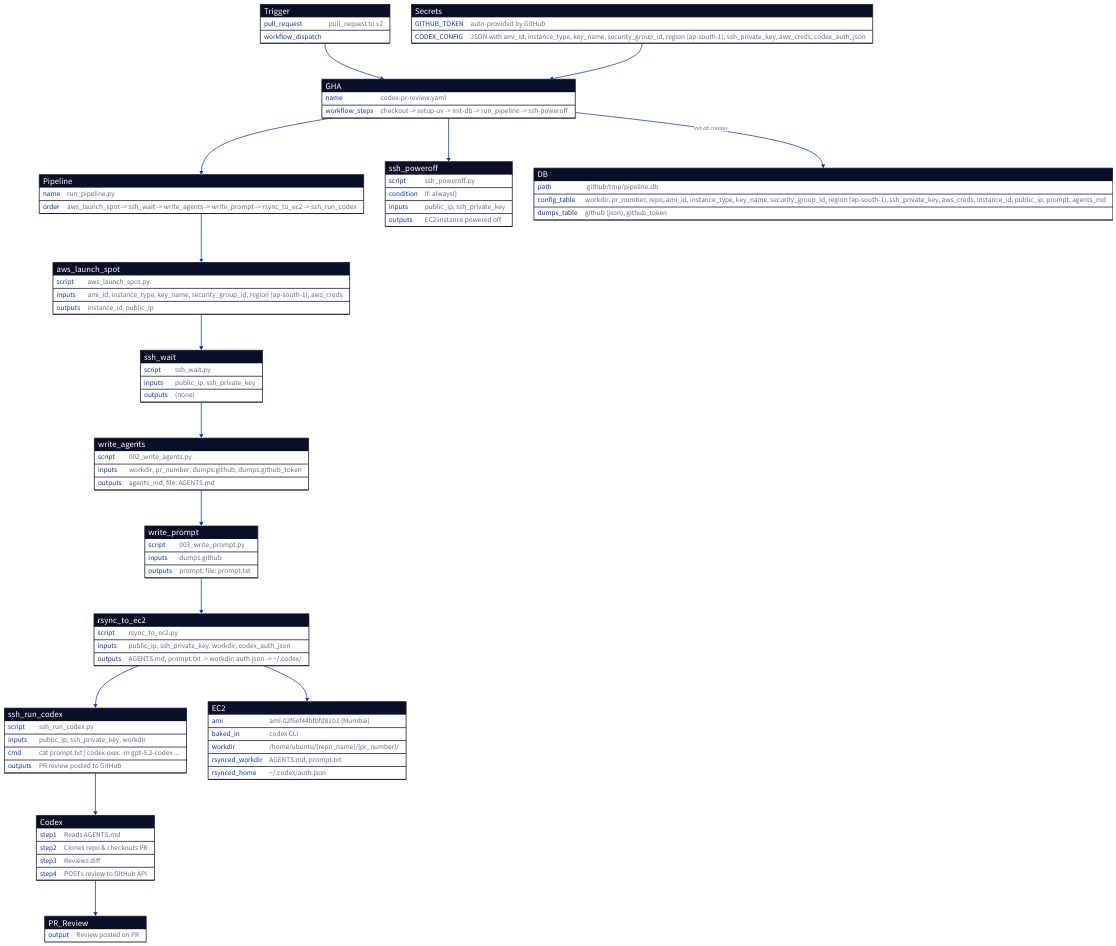
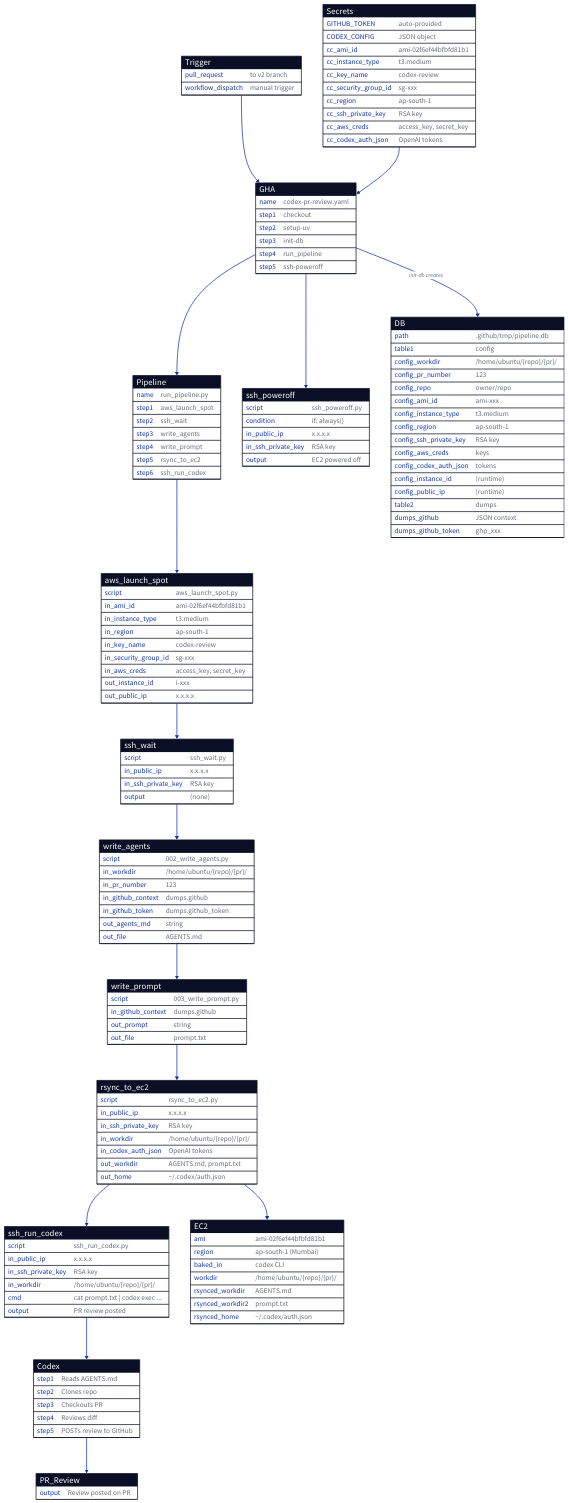
The diagram in flow_diagrams/prod_flow.d2 (fossh/codex-code-review-poc1), drawn with D2 before and after one commit. The commit also changed 1 other file, not shown here.

```diff
--- a/flow_diagrams/prod_flow.d2
+++ b/flow_diagrams/prod_flow.d2
@@ -1,130 +1,182 @@
 direction: down
 
 # Trigger Events
 Trigger: {
   shape: sql_table
-  pull_request: "pull_request to v2"
-  workflow_dispatch: "workflow_dispatch"
+  pull_request: "to v2 branch"
+  workflow_dispatch: "manual trigger"
 }
 
 # GitHub Actions Workflow
 GHA: {
   shape: sql_table
   name: "codex-pr-review.yaml"
-  workflow_steps: "checkout -> setup-uv -> init-db -> run_pipeline -> ssh-poweroff"
+  step1: "checkout"
+  step2: "setup-uv"
+  step3: "init-db"
+  step4: "run_pipeline"
+  step5: "ssh-poweroff"
 }
 
 Trigger -> GHA
 
 # Secrets
 Secrets: {
   shape: sql_table
-  GITHUB_TOKEN: "auto-provided by GitHub"
-  CODEX_CONFIG: "JSON with ami_id, instance_type, key_name, security_group_id, region (ap-south-1), ssh_private_key, aws_creds, codex_auth_json"
+  GITHUB_TOKEN: "auto-provided"
+  CODEX_CONFIG: "JSON object"
+  cc_ami_id: "ami-02f6ef44bfbfd81b1"
+  cc_instance_type: "t3.medium"
+  cc_key_name: "codex-review"
+  cc_security_group_id: "sg-xxx"
+  cc_region: "ap-south-1"
+  cc_ssh_private_key: "RSA key"
+  cc_aws_creds: "access_key, secret_key"
+  cc_codex_auth_json: "OpenAI tokens"
 }
 
 Secrets -> GHA
 
 # Pipeline Scripts
 Pipeline: {
   shape: sql_table
   name: "run_pipeline.py"
-  order: "aws_launch_spot -> ssh_wait -> write_agents -> write_prompt -> rsync_to_ec2 -> ssh_run_codex"
+  step1: "aws_launch_spot"
+  step2: "ssh_wait"
+  step3: "write_agents"
+  step4: "write_prompt"
+  step5: "rsync_to_ec2"
+  step6: "ssh_run_codex"
 }
 
 aws_launch_spot: {
   shape: sql_table
   script: "aws_launch_spot.py"
-  inputs: "ami_id, instance_type, key_name, security_group_id, region (ap-south-1), aws_creds"
-  outputs: "instance_id, public_ip"
+  in_ami_id: "ami-02f6ef44bfbfd81b1"
+  in_instance_type: "t3.medium"
+  in_region: "ap-south-1"
+  in_key_name: "codex-review"
+  in_security_group_id: "sg-xxx"
+  in_aws_creds: "access_key, secret_key"
+  out_instance_id: "i-xxx"
+  out_public_ip: "x.x.x.x"
 }
 
 ssh_wait: {
   shape: sql_table
   script: "ssh_wait.py"
-  inputs: "public_ip, ssh_private_key"
-  outputs: "(none)"
+  in_public_ip: "x.x.x.x"
+  in_ssh_private_key: "RSA key"
+  output: "(none)"
 }
 
 write_agents: {
   shape: sql_table
   script: "002_write_agents.py"
-  inputs: "workdir, pr_number, dumps.github, dumps.github_token"
-  outputs: "agents_md, file: AGENTS.md"
+  in_workdir: "/home/ubuntu/{repo}/{pr}/"
+  in_pr_number: "123"
+  in_github_context: "dumps.github"
+  in_github_token: "dumps.github_token"
+  out_agents_md: "string"
+  out_file: "AGENTS.md"
 }
 
 write_prompt: {
   shape: sql_table
   script: "003_write_prompt.py"
-  inputs: "dumps.github"
-  outputs: "prompt, file: prompt.txt"
+  in_github_context: "dumps.github"
+  out_prompt: "string"
+  out_file: "prompt.txt"
 }
 
 rsync_to_ec2: {
   shape: sql_table
   script: "rsync_to_ec2.py"
-  inputs: "public_ip, ssh_private_key, workdir, codex_auth_json"
-  outputs: "AGENTS.md, prompt.txt -> workdir; auth.json -> ~/.codex/"
+  in_public_ip: "x.x.x.x"
+  in_ssh_private_key: "RSA key"
+  in_workdir: "/home/ubuntu/{repo}/{pr}/"
+  in_codex_auth_json: "OpenAI tokens"
+  out_workdir: "AGENTS.md, prompt.txt"
+  out_home: "~/.codex/auth.json"
 }
 
 ssh_run_codex: {
   shape: sql_table
   script: "ssh_run_codex.py"
-  inputs: "public_ip, ssh_private_key, workdir"
-  cmd: "cat prompt.txt | codex exec -m gpt-5.2-codex ..."
-  outputs: "PR review posted to GitHub"
+  in_public_ip: "x.x.x.x"
+  in_ssh_private_key: "RSA key"
+  in_workdir: "/home/ubuntu/{repo}/{pr}/"
+  cmd: "cat prompt.txt | codex exec ..."
+  output: "PR review posted"
 }
 
 ssh_poweroff: {
   shape: sql_table
   script: "ssh_poweroff.py"
   condition: "if: always()"
-  inputs: "public_ip, ssh_private_key"
-  outputs: "EC2 instance powered off"
+  in_public_ip: "x.x.x.x"
+  in_ssh_private_key: "RSA key"
+  output: "EC2 powered off"
 }
 
 GHA -> Pipeline
 Pipeline -> aws_launch_spot -> ssh_wait -> write_agents -> write_prompt
 write_prompt -> rsync_to_ec2 -> ssh_run_codex
 GHA -> ssh_poweroff
 
 # SQLite DB
 DB: {
   shape: sql_table
   path: ".github/tmp/pipeline.db"
-  config_table: "workdir, pr_number, repo, ami_id, instance_type, key_name, security_group_id, region (ap-south-1), ssh_private_key, aws_creds, instance_id, public_ip, prompt, agents_md"
-  dumps_table: "github (json), github_token"
+  table1: "config"
+  config_workdir: "/home/ubuntu/{repo}/{pr}/"
+  config_pr_number: "123"
+  config_repo: "owner/repo"
+  config_ami_id: "ami-xxx"
+  config_instance_type: "t3.medium"
+  config_region: "ap-south-1"
+  config_ssh_private_key: "RSA key"
+  config_aws_creds: "keys"
+  config_codex_auth_json: "tokens"
+  config_instance_id: "(runtime)"
+  config_public_ip: "(runtime)"
+  table2: "dumps"
+  dumps_github: "JSON context"
+  dumps_github_token: "ghp_xxx"
 }
 
 GHA -> DB: "init-db creates"
 
-# EC2 Instance (pre-baked AMI)
+# EC2 Instance
 EC2: {
   shape: sql_table
-  ami: "ami-02f6ef44bfbfd81b1 (Mumbai)"
+  ami: "ami-02f6ef44bfbfd81b1"
+  region: "ap-south-1 (Mumbai)"
   baked_in: "codex CLI"
-  workdir: "/home/ubuntu/{repo_name}/{pr_number}/"
-  rsynced_workdir: "AGENTS.md, prompt.txt"
+  workdir: "/home/ubuntu/{repo}/{pr}/"
+  rsynced_workdir: "AGENTS.md"
+  rsynced_workdir2: "prompt.txt"
   rsynced_home: "~/.codex/auth.json"
 }
 
 rsync_to_ec2 -> EC2
 
 # Codex Actions
 Codex: {
   shape: sql_table
   step1: "Reads AGENTS.md"
-  step2: "Clones repo & checkouts PR"
-  step3: "Reviews diff"
-  step4: "POSTs review to GitHub API"
+  step2: "Clones repo"
+  step3: "Checkouts PR"
+  step4: "Reviews diff"
+  step5: "POSTs review to GitHub"
 }
 
 ssh_run_codex -> Codex
 
 # Final Output
 PR_Review: {
   shape: sql_table
   output: "Review posted on PR"
 }
 
 Codex -> PR_Review
```
